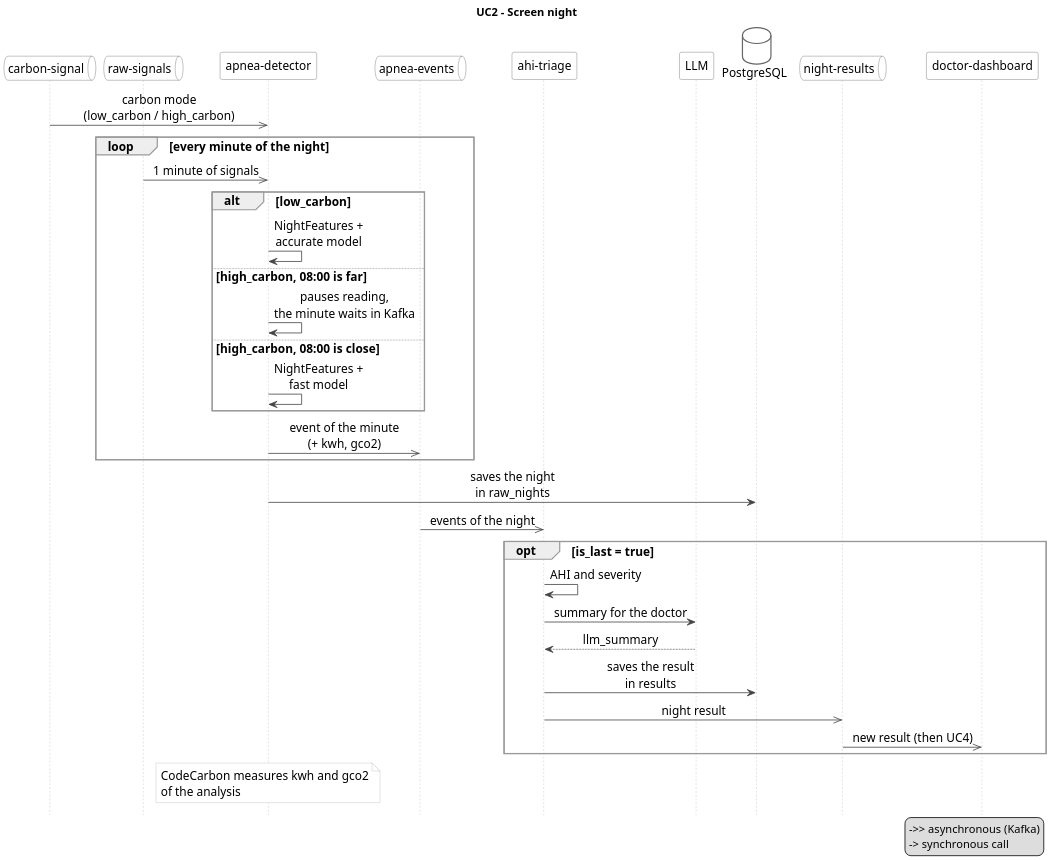
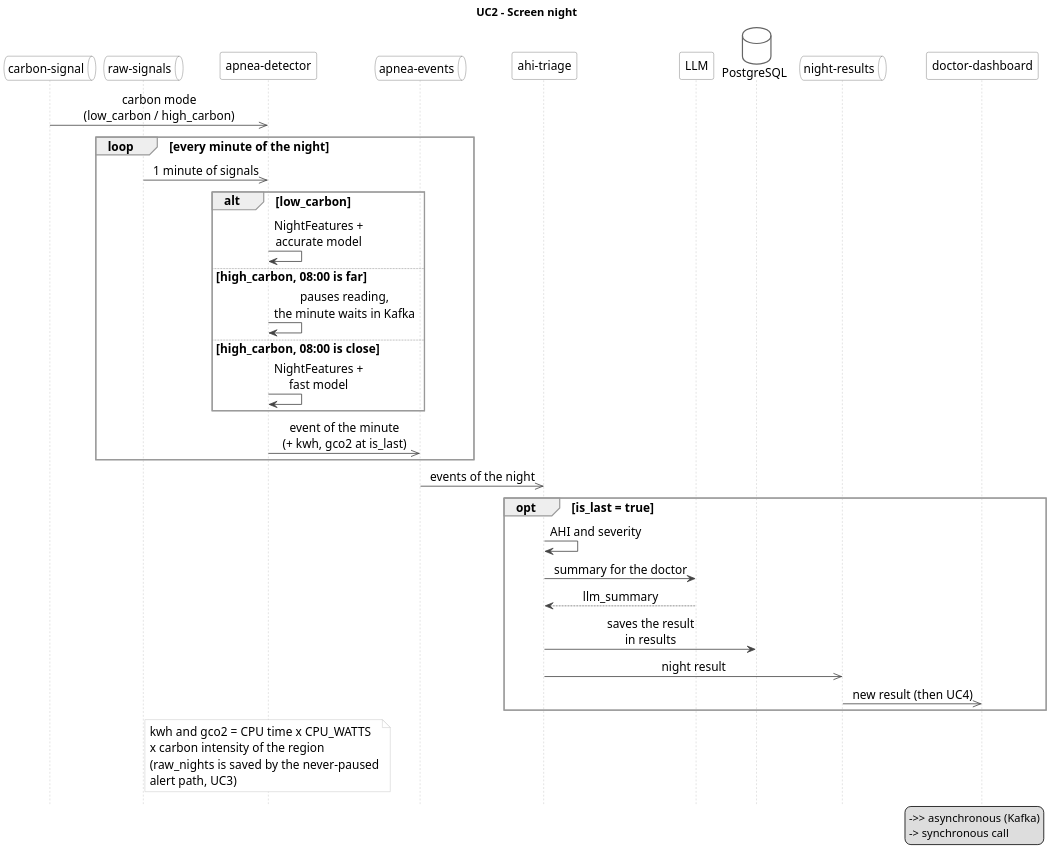
One commit to BarbaraKlimekTomatova/ACC1ILV-cloud-and-AI-infrastructure-for-sleep-apnea-detection- changed the diagram in diagrams/sequences/10.11_A_UC2-analyse-a-night_v1.puml. Above: the diagram before and after it, drawn with PlantUML. The commit also changed 24 other files, not shown here.

```diff
--- a/diagrams/sequences/10.11_A_UC2-analyse-a-night_v1.puml
+++ b/diagrams/sequences/10.11_A_UC2-analyse-a-night_v1.puml
@@ -1,71 +1,70 @@
 @startuml
 skinparam shadowing false
 skinparam dpi 200
 skinparam defaultFontName Arial
 skinparam defaultFontSize 15
 skinparam sequenceMessageAlign center
 skinparam sequence {
   LifeLineBorderColor #BBBBBB
   ParticipantBorderColor #666666
   ParticipantBackgroundColor #FFFFFF
   ActorBorderColor #666666
   ActorBackgroundColor #FFFFFF
   GroupBorderColor #999999
   ArrowColor #444444
 }
 skinparam database {
   BorderColor #666666
   BackgroundColor #FFFFFF
 }
 skinparam queue {
   BorderColor #666666
   BackgroundColor #FFFFFF
 }
 skinparam note {
   BorderColor #BBBBBB
   BackgroundColor #FFFFFF
 }
 hide footbox
 title UC2 – Screen night
 
 queue "carbon-signal" as CS
 queue "raw-signals" as RS
 participant "apnea-detector" as DET
 queue "apnea-events" as AE
 participant "ahi-triage" as TRI
 participant "LLM" as LLM
 database "PostgreSQL" as DB
 queue "night-results" as NR
 participant "doctor-dashboard" as DASH
 
 CS ->> DET : carbon mode\n(low_carbon / high_carbon)
 
 loop every minute of the night
   RS ->> DET : 1 minute of signals
   alt low_carbon
     DET -> DET : NightFeatures +\naccurate model
   else high_carbon, 08:00 is far
     DET -> DET : pauses reading,\nthe minute waits in Kafka
   else high_carbon, 08:00 is close
     DET -> DET : NightFeatures +\nfast model
   end
-  DET ->> AE : event of the minute\n(+ kwh, gco2)
+  DET ->> AE : event of the minute\n(+ kwh, gco2 at is_last)
 end
-DET -> DB : saves the night\nin raw_nights
 
 AE ->> TRI : events of the night
 opt is_last = true
   TRI -> TRI : AHI and severity
   TRI -> LLM : summary for the doctor
   LLM --> TRI : llm_summary
   TRI -> DB : saves the result\nin results
   TRI ->> NR : night result
   NR ->> DASH : new result (then UC4)
 end
 
-note over DET : CodeCarbon measures kwh and gco2\nof the analysis
+note over DET : kwh and gco2 = CPU time x CPU_WATTS\nx carbon intensity of the region\n(raw_nights is saved by the never-paused\nalert path, UC3)
 legend bottom right
   ->> asynchronous (Kafka)
   -> synchronous call
 endlegend
 @enduml
```
